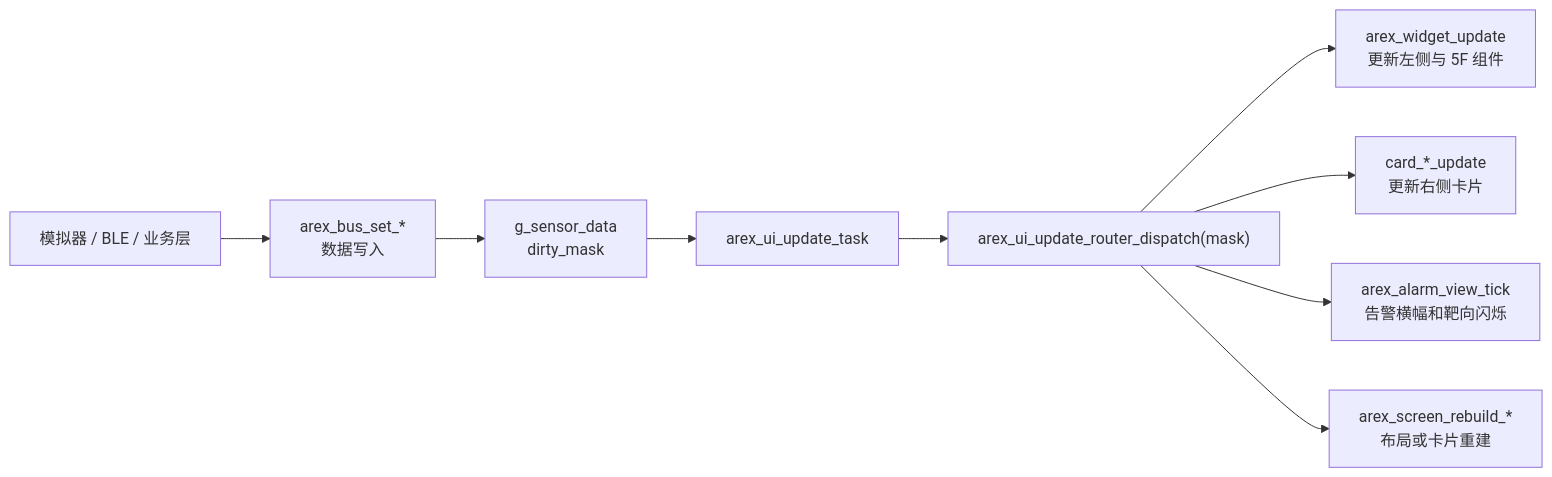
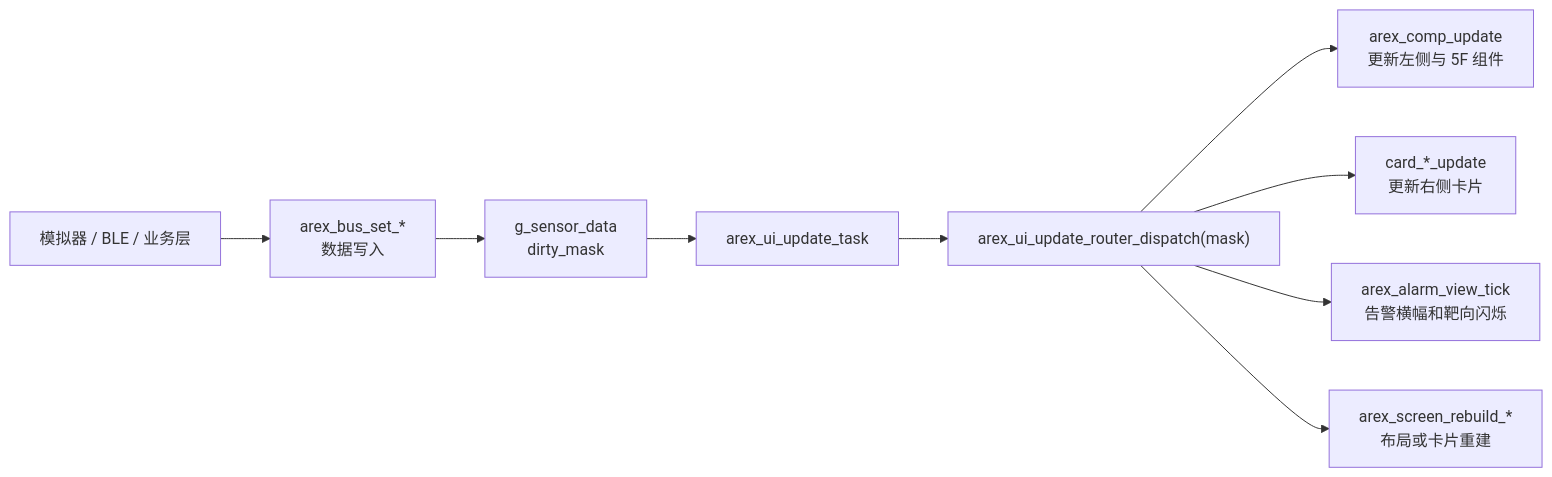
One commit to arexvision/lv_port_win_codeblocks-release-v8.3_hasGroup changed the second of 6 diagrams in UI_html_DOC/AREX_UI_MODULE_MAP.md. Above: the diagram before and after it, drawn with Mermaid. The commit also changed other lines of this file and 17 other files, not shown here.

````diff
--- a/UI_html_DOC/AREX_UI_MODULE_MAP.md
+++ b/UI_html_DOC/AREX_UI_MODULE_MAP.md
@@ -48,11 +48,11 @@
 ```mermaid
 flowchart LR
     Sim["模拟器 / BLE / 业务层"] --> Bus["arex_bus_set_*<br/>数据写入"]
     Bus --> Sensor["g_sensor_data<br/>dirty_mask"]
     Sensor --> Tick["arex_ui_update_task"]
     Tick --> Router["arex_ui_update_router_dispatch(mask)"]
-    Router --> Widgets["arex_widget_update<br/>更新左侧与 5F 组件"]
+    Router --> Widgets["arex_comp_update<br/>更新左侧与 5F 组件"]
     Router --> Cards["card_*_update<br/>更新右侧卡片"]
     Router --> AlarmView["arex_alarm_view_tick<br/>告警横幅和靶向闪烁"]
     Router --> ScreenRebuild["arex_screen_rebuild_*<br/>布局或卡片重建"]
 ```
````
